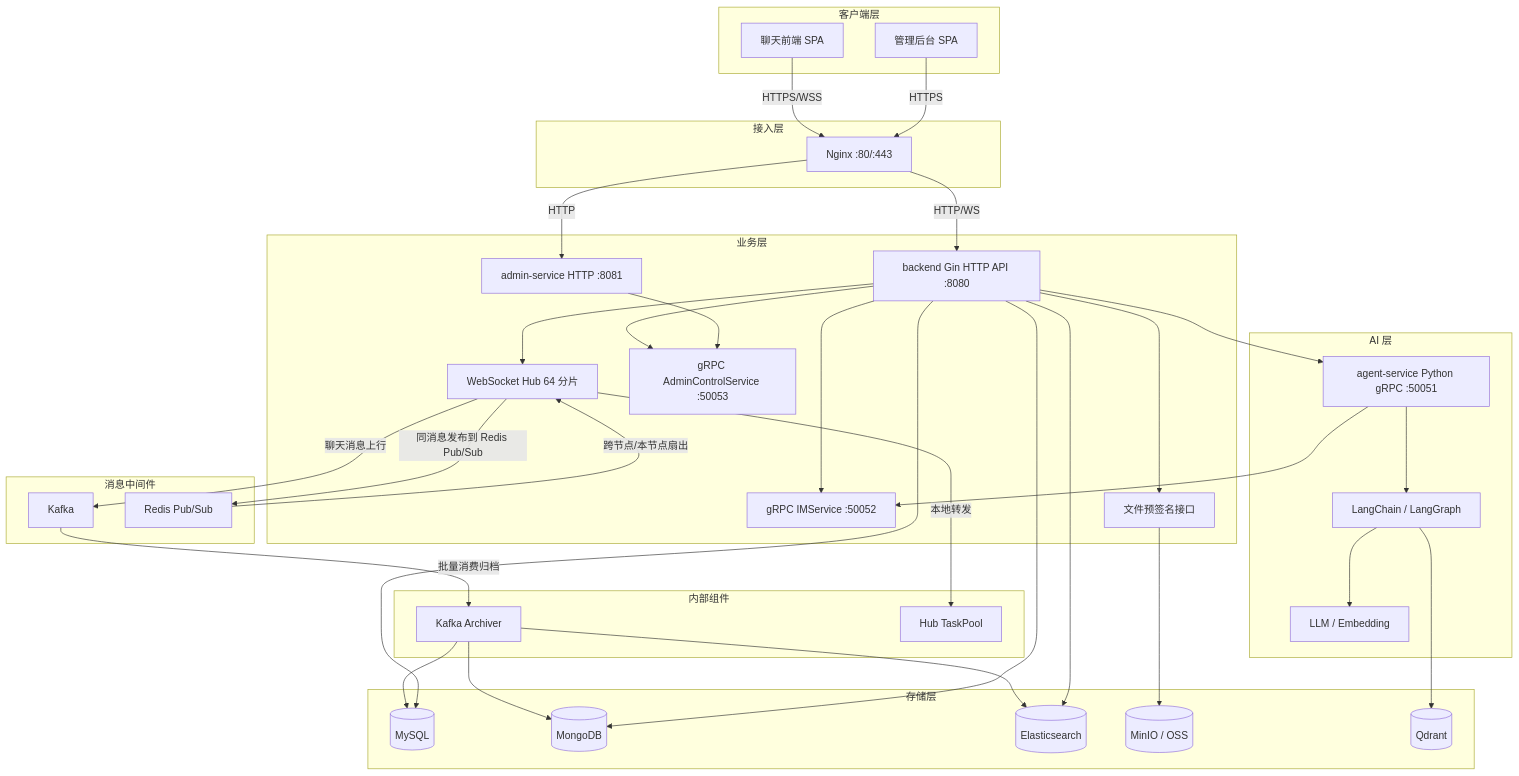
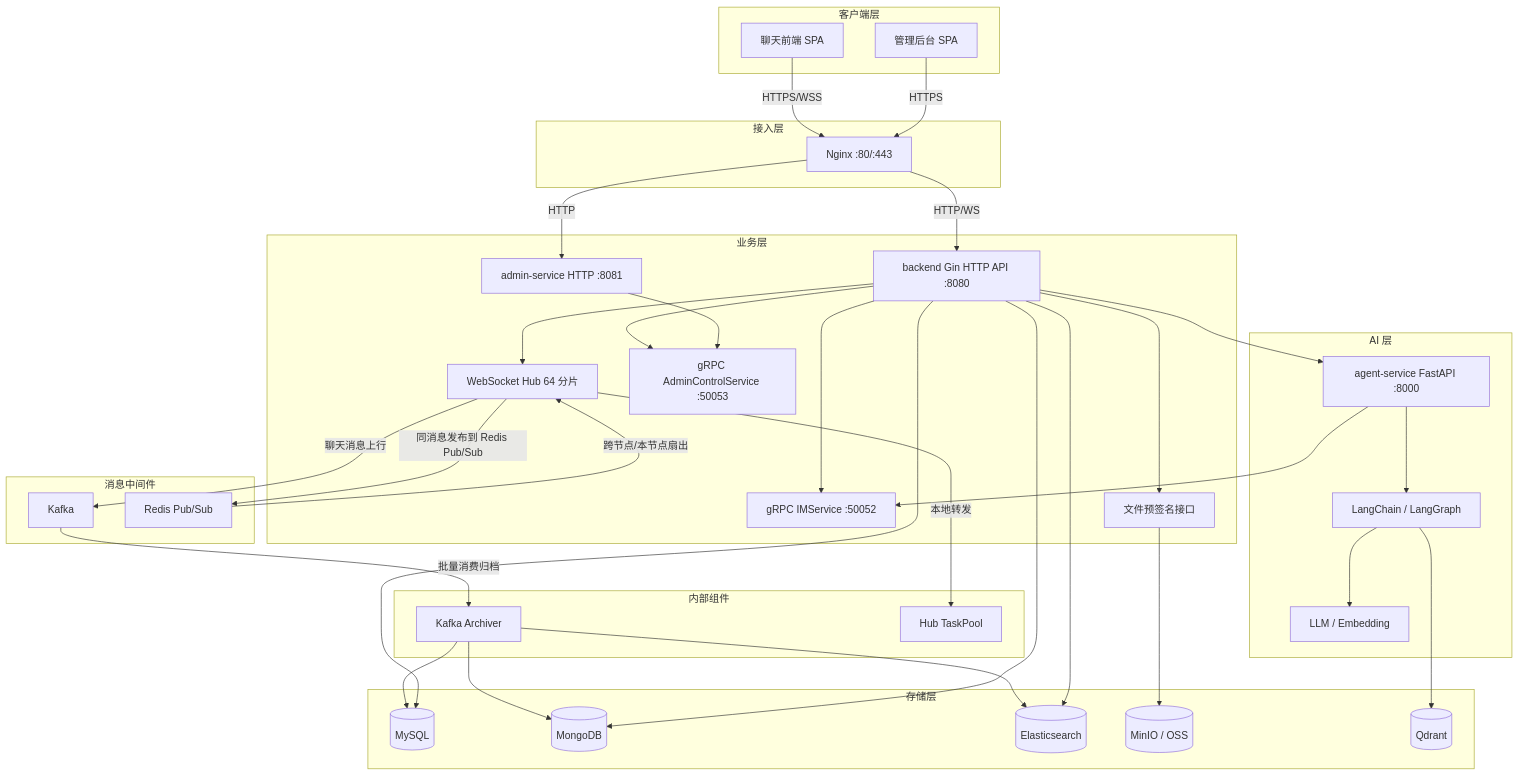
Before and after one commit to cholode/LAN-sync: the diagram in ARCHITECTURE.md, drawn with Mermaid. The commit also changed other lines of this file and 39 other files, not shown here.

````diff
--- a/ARCHITECTURE.md
+++ b/ARCHITECTURE.md
@@ -9,71 +9,71 @@
 ```mermaid
 graph TB
     subgraph 客户端层
         A[聊天前端 SPA]
         A2[管理后台 SPA]
     end
 
     subgraph 接入层
         B[Nginx :80/:443]
     end
 
     subgraph 业务层
         C[backend Gin HTTP API :8080]
         D[WebSocket Hub 64 分片]
         E[gRPC IMService :50052]
         F[gRPC AdminControlService :50053]
         G[文件预签名接口]
         H[admin-service HTTP :8081]
     end
 
     subgraph AI 层
-        I[agent-service Python gRPC :50051]
+        I[agent-service FastAPI :8000]
         J[LangChain / LangGraph]
         K[LLM / Embedding]
     end
 
     subgraph 消息中间件
         L[Kafka]
         M[Redis Pub/Sub]
     end
 
     subgraph 存储层
         N[(MySQL)]
         O[(MongoDB)]
         P[(Elasticsearch)]
         Q[(MinIO / OSS)]
         R[(Qdrant)]
     end
 
     subgraph 内部组件
         S[Kafka Archiver]
         T[Hub TaskPool]
     end
 
     A -->|HTTPS/WSS| B
     A2 -->|HTTPS| B
     B -->|HTTP/WS| C
     B -->|HTTP| H
     C --> D
     D -->|聊天消息上行| L
     D -->|同消息发布到 Redis Pub/Sub| M
     L -->|批量消费归档| S
     S --> N
     S --> O
     S --> P
     M -->|跨节点/本节点扇出| D
     D -->|本地转发| T
     C --> G
     G --> Q
     C --> E
     C --> F
     H --> F
     C --> I
     I --> J
     J --> R
     J --> K
     I --> E
     C --> N
     C --> O
     C --> P
 ```
````
